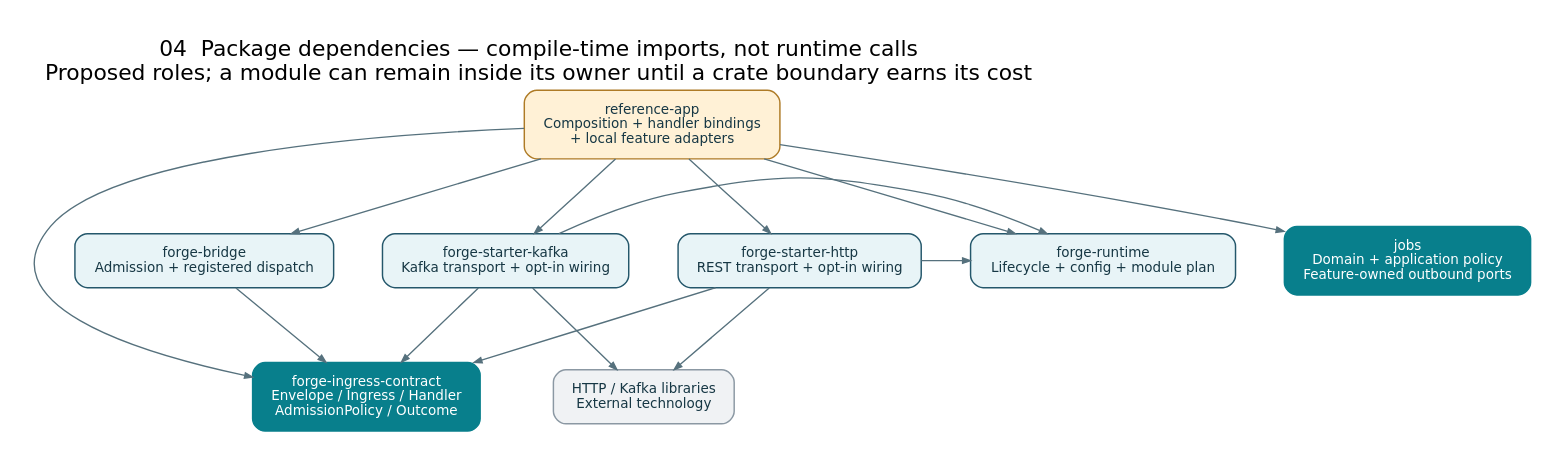
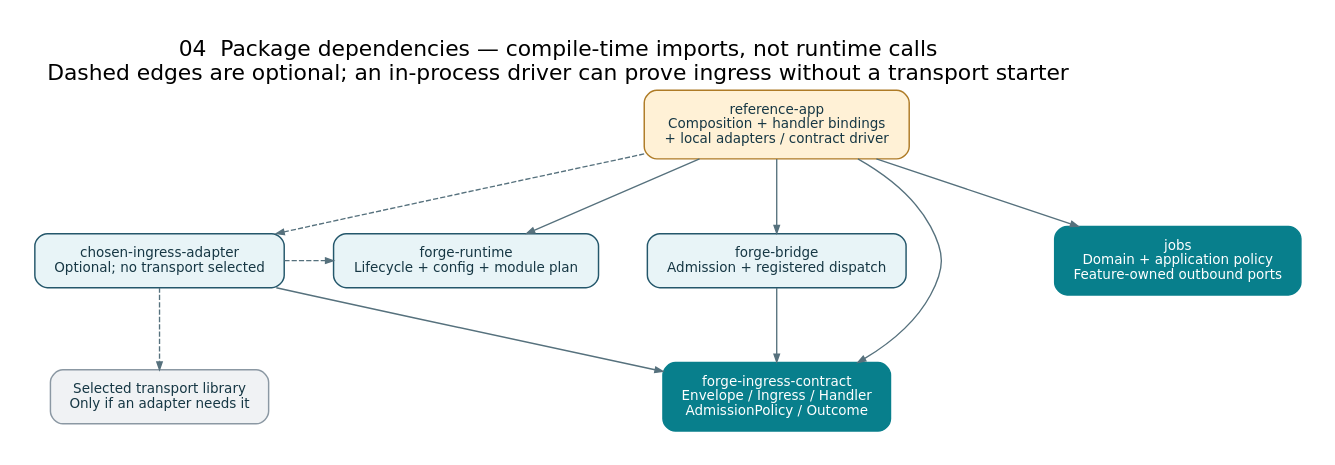
One commit to roachmaster/homelab changed the diagram in docs/architecture/diagrams/04-package-dependencies.dot. Above: the diagram before and after it, drawn with Graphviz. The commit also changed 34 other files, not shown here.

Commit message:
Keep framework architecture transport-neutral

```diff
--- a/docs/architecture/diagrams/04-package-dependencies.dot
+++ b/docs/architecture/diagrams/04-package-dependencies.dot
@@ -1,18 +1,19 @@
 digraph Packages {
 graph [fontname="DejaVu Sans", fontsize=21, labelloc=t, labeljust=l, pad=0.35, nodesep=0.65, ranksep=0.9, bgcolor="white"]; node [shape=box, style="rounded,filled", fontname="DejaVu Sans", fontsize=13, margin="0.22,0.16", color="#24576b", fillcolor="#e8f4f7", fontcolor="#163744", penwidth=1.4]; edge [fontname="DejaVu Sans", fontsize=11, color="#56717d", fontcolor="#34505f", penwidth=1.3, arrowsize=0.75];
-rankdir=TB; label="04  Package dependencies — compile-time imports, not runtime calls\nProposed roles; a module can remain inside its owner until a crate boundary earns its cost";
-app [label="reference-app\nComposition + handler bindings\n+ local feature adapters", fillcolor="#fff1d6", color="#ae7b26"];
-http [label="forge-starter-http\nREST transport + opt-in wiring"];
-kafka [label="forge-starter-kafka\nKafka transport + opt-in wiring"];
+rankdir=TB; label="04  Package dependencies — compile-time imports, not runtime calls\nDashed edges are optional; an in-process driver can prove ingress without a transport starter";
+app [label="reference-app\nComposition + handler bindings\n+ local adapters / contract driver", fillcolor="#fff1d6", color="#ae7b26"];
+adapter [label="chosen-ingress-adapter\nOptional; no transport selected"];
 runtime [label="forge-runtime\nLifecycle + config + module plan"];
 bridge [label="forge-bridge\nAdmission + registered dispatch"];
 contract [label="forge-ingress-contract\nEnvelope / Ingress / Handler\nAdmissionPolicy / Outcome", fillcolor="#087f8c", color="#087f8c", fontcolor="white"];
 feature [label="jobs\nDomain + application policy\nFeature-owned outbound ports", fillcolor="#087f8c", color="#087f8c", fontcolor="white"];
-transport [label="HTTP / Kafka libraries\nExternal technology", fillcolor="#f0f2f4", color="#8b98a3"];
-app -> { http kafka runtime bridge feature contract };
-http -> { contract runtime transport };
-kafka -> { contract runtime transport };
+transport [label="Selected transport library\nOnly if an adapter needs it", fillcolor="#f0f2f4", color="#8b98a3"];
+app -> { runtime bridge feature contract };
+app -> adapter [style=dashed];
+adapter -> contract;
+adapter -> runtime [style=dashed];
+adapter -> transport [style=dashed];
 bridge -> contract;
-{rank=same; http; kafka; runtime; bridge; feature;}
+{rank=same; adapter; runtime; bridge; feature;}
 {rank=same; contract; transport;}
 }
```
